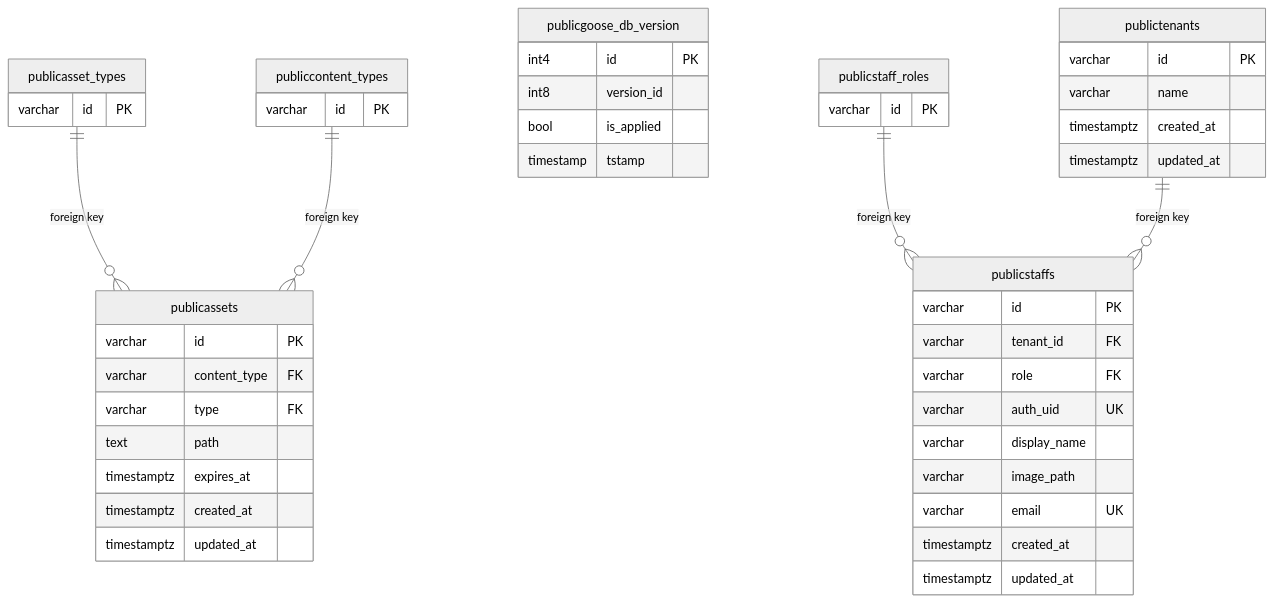
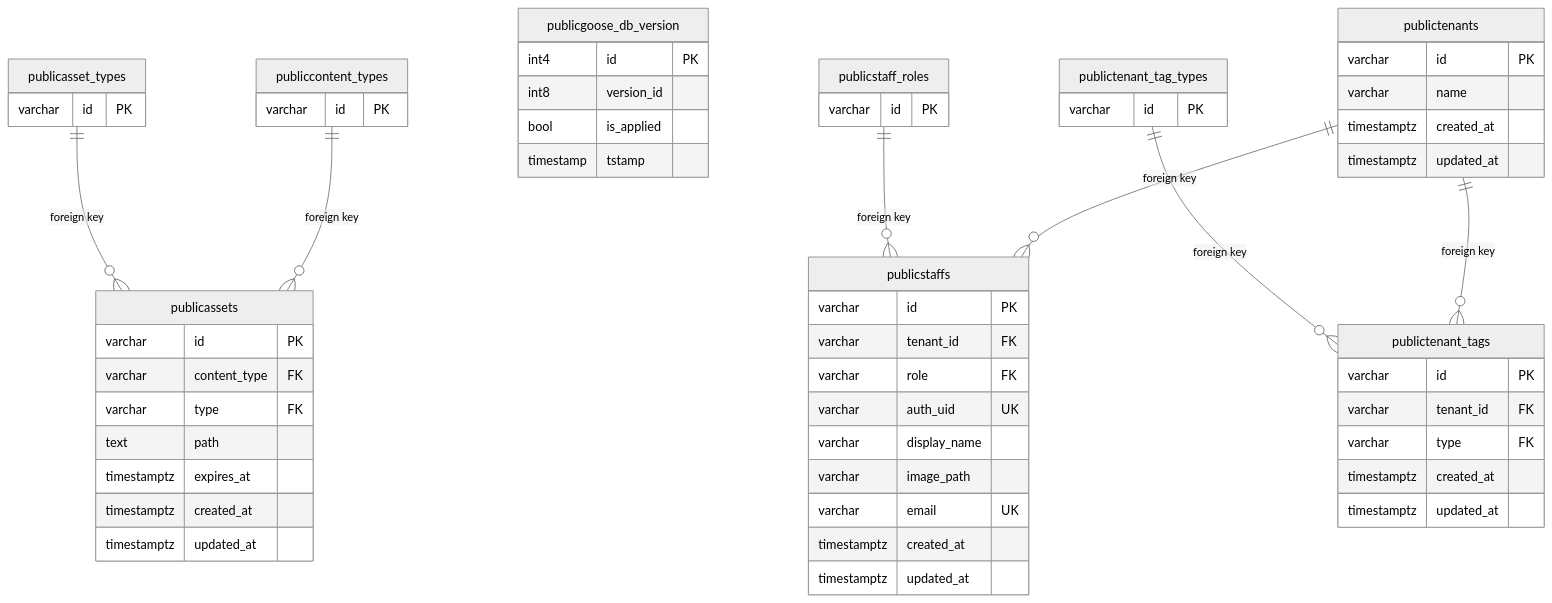
The diagram in db/postgresql/mermaid.mmd (abyssparanoia/rapid-go), drawn with Mermaid (neutral theme) before and after one commit. The commit also changed 27 other files, not shown here.

Commit message:
feat: add tenant tags

```diff
--- a/db/postgresql/mermaid.mmd
+++ b/db/postgresql/mermaid.mmd
@@ -1,54 +1,68 @@
 erDiagram
 
   publicasset_types {
     varchar id PK
   }
 
   publiccontent_types {
     varchar id PK
   }
 
   publicgoose_db_version {
     int4 id PK
     int8 version_id
     bool is_applied
     timestamp tstamp
   }
 
   publicstaff_roles {
+    varchar id PK
+  }
+
+  publictenant_tag_types {
     varchar id PK
   }
 
   publictenants {
     varchar id PK
     varchar name
     timestamptz created_at
     timestamptz updated_at
   }
 
   publicassets {
     varchar id PK
     varchar content_type FK
     varchar type FK
     text path
     timestamptz expires_at
     timestamptz created_at
     timestamptz updated_at
   }
 
   publicstaffs {
     varchar id PK
     varchar tenant_id FK
     varchar role FK
     varchar auth_uid UK
     varchar display_name
     varchar image_path
     varchar email UK
     timestamptz created_at
     timestamptz updated_at
   }
 
+  publictenant_tags {
+    varchar id PK
+    varchar tenant_id FK
+    varchar type FK
+    timestamptz created_at
+    timestamptz updated_at
+  }
+
   publicasset_types ||--o{ publicassets : "foreign key"
   publiccontent_types ||--o{ publicassets : "foreign key"
   publicstaff_roles ||--o{ publicstaffs : "foreign key"
+  publictenant_tag_types ||--o{ publictenant_tags : "foreign key"
   publictenants ||--o{ publicstaffs : "foreign key"
+  publictenants ||--o{ publictenant_tags : "foreign key"
```
